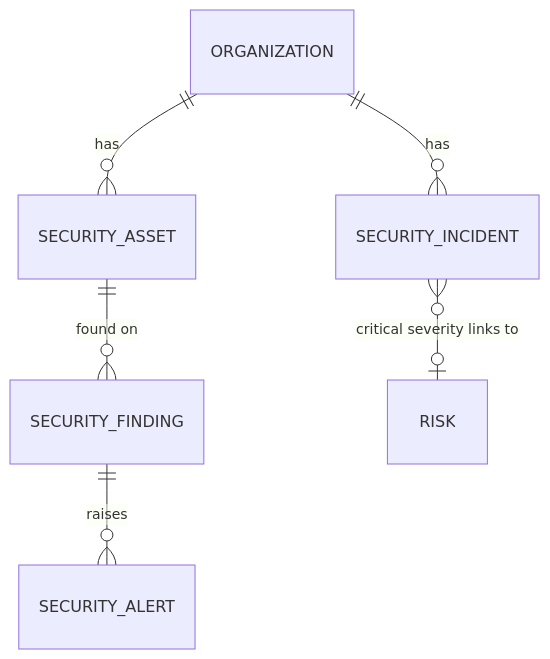
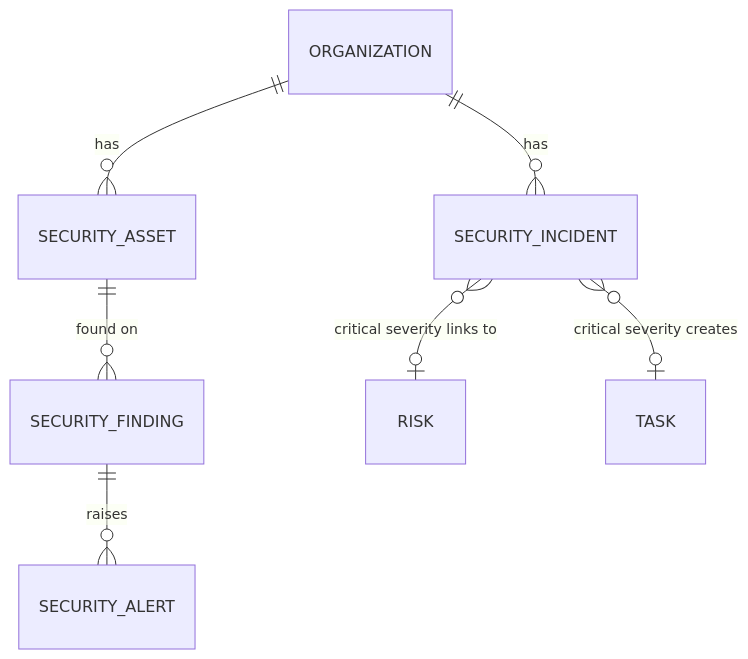
Before and after one commit to rabbit285/agora-os: the third of 6 diagrams in docs/DOMAIN_MODEL.md, drawn with Mermaid. The commit also changed other lines of this file and 15 other files, not shown here.

````diff
--- a/docs/DOMAIN_MODEL.md
+++ b/docs/DOMAIN_MODEL.md
@@ -132,8 +132,9 @@
 ```mermaid
 erDiagram
   ORGANIZATION ||--o{ SECURITY_ASSET : has
   SECURITY_ASSET ||--o{ SECURITY_FINDING : "found on"
   SECURITY_FINDING ||--o{ SECURITY_ALERT : "raises"
   ORGANIZATION ||--o{ SECURITY_INCIDENT : has
   SECURITY_INCIDENT }o--o| RISK : "critical severity links to"
+  SECURITY_INCIDENT }o--o| TASK : "critical severity creates"
 ```
````
